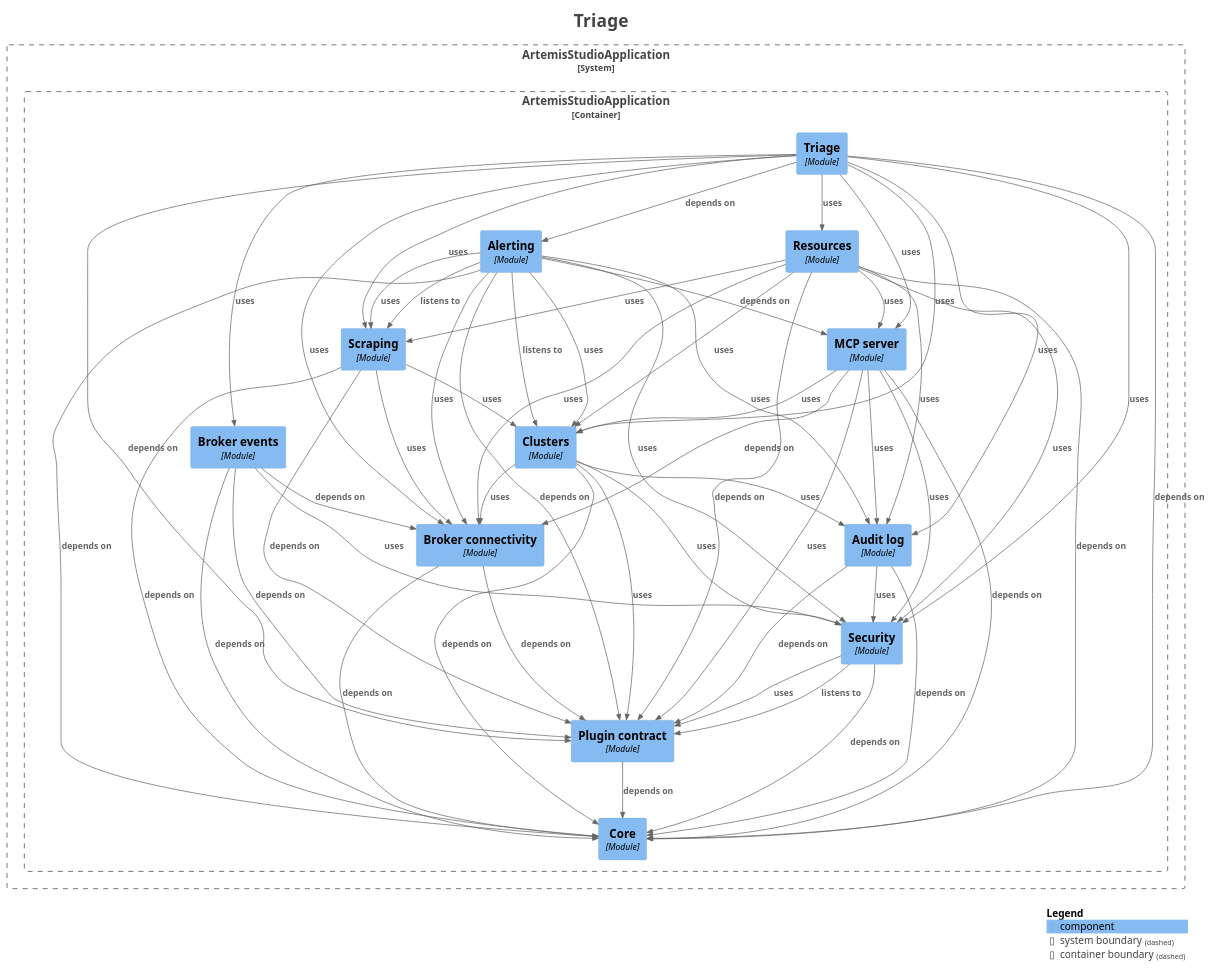
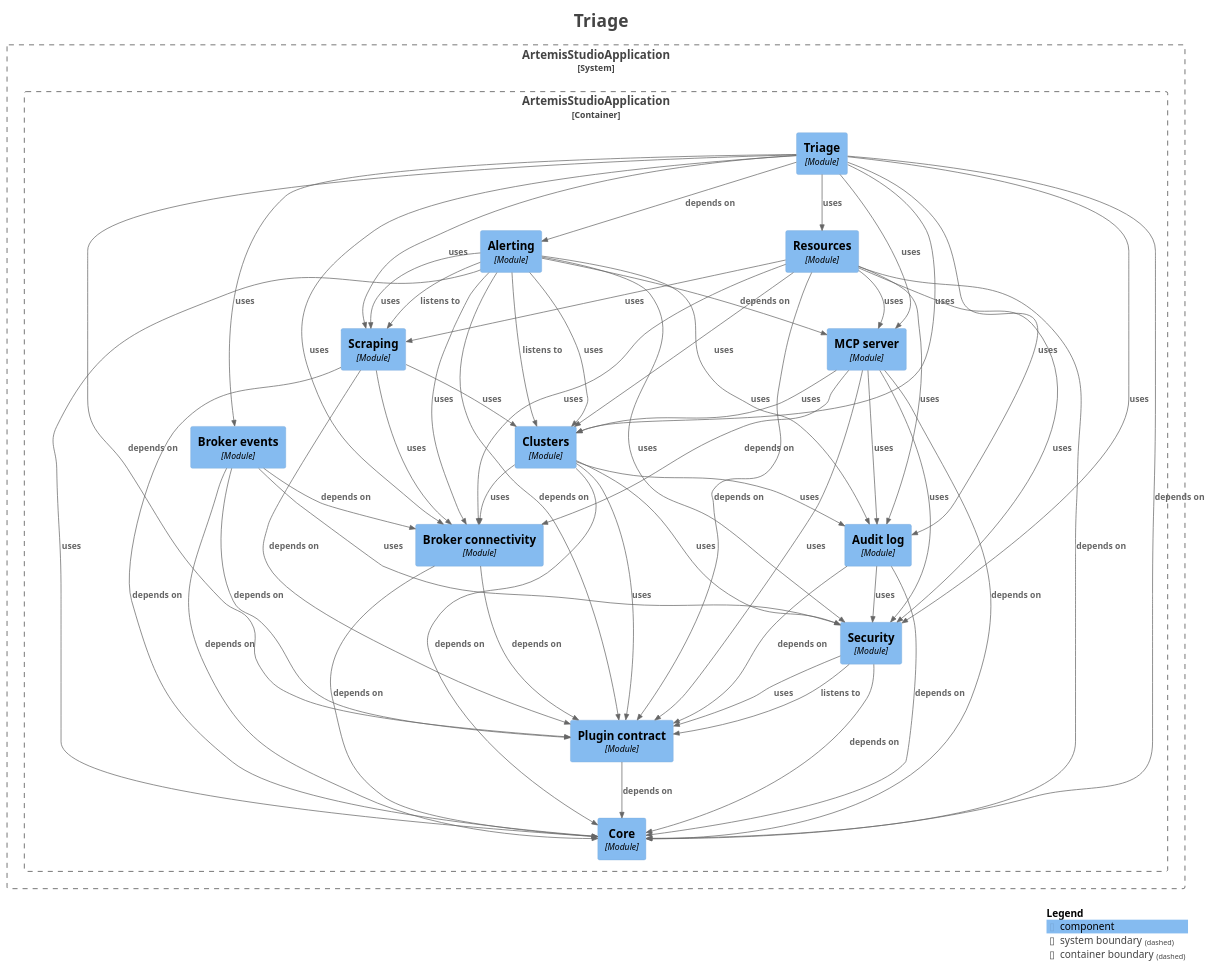
One commit to sudoitir/artemis-studio changed the diagram in docs/modules/module-feature.triage.puml. Above: the diagram before and after it, drawn with PlantUML. The commit also changed 2 other files, not shown here.

```diff
--- a/docs/modules/module-feature.triage.puml
+++ b/docs/modules/module-feature.triage.puml
@@ -1,96 +1,96 @@
 @startuml
 title <size:24>Triage</size>
 
 set separator none
 top to bottom direction
 
 <style>
   root {
     BackgroundColor: #ffffff
     FontColor: #444444
   }
 </style>
 
 !include <C4/C4>
 !include <C4/C4_Context>
 !include <C4/C4_Component>
 
 System_Boundary("ArtemisStudioApplication_boundary", "ArtemisStudioApplication", $tags="") {
   Container_Boundary("ArtemisStudioApplication.ArtemisStudioApplication_boundary", "ArtemisStudioApplication", $tags="") {
     Component(ArtemisStudioApplication.ArtemisStudioApplication.Brokerconnectivity, "Broker connectivity", $techn="Module", $descr="", $tags="", $link="")
     Component(ArtemisStudioApplication.ArtemisStudioApplication.Clusters, "Clusters", $techn="Module", $descr="", $tags="", $link="")
     Component(ArtemisStudioApplication.ArtemisStudioApplication.Brokerevents, "Broker events", $techn="Module", $descr="", $tags="", $link="")
     Component(ArtemisStudioApplication.ArtemisStudioApplication.MCPserver, "MCP server", $techn="Module", $descr="", $tags="", $link="")
     Component(ArtemisStudioApplication.ArtemisStudioApplication.Scraping, "Scraping", $techn="Module", $descr="", $tags="", $link="")
     Component(ArtemisStudioApplication.ArtemisStudioApplication.Alerting, "Alerting", $techn="Module", $descr="", $tags="", $link="")
     Component(ArtemisStudioApplication.ArtemisStudioApplication.Resources, "Resources", $techn="Module", $descr="", $tags="", $link="")
     Component(ArtemisStudioApplication.ArtemisStudioApplication.Core, "Core", $techn="Module", $descr="", $tags="", $link="")
     Component(ArtemisStudioApplication.ArtemisStudioApplication.Triage, "Triage", $techn="Module", $descr="", $tags="", $link="")
     Component(ArtemisStudioApplication.ArtemisStudioApplication.Plugincontract, "Plugin contract", $techn="Module", $descr="", $tags="", $link="")
     Component(ArtemisStudioApplication.ArtemisStudioApplication.Security, "Security", $techn="Module", $descr="", $tags="", $link="")
     Component(ArtemisStudioApplication.ArtemisStudioApplication.Auditlog, "Audit log", $techn="Module", $descr="", $tags="", $link="")
   }
 
 }
 
 Rel(ArtemisStudioApplication.ArtemisStudioApplication.Alerting, ArtemisStudioApplication.ArtemisStudioApplication.Auditlog, "uses", $techn="", $tags="", $link="")
 Rel(ArtemisStudioApplication.ArtemisStudioApplication.Alerting, ArtemisStudioApplication.ArtemisStudioApplication.Brokerconnectivity, "uses", $techn="", $tags="", $link="")
 Rel(ArtemisStudioApplication.ArtemisStudioApplication.Alerting, ArtemisStudioApplication.ArtemisStudioApplication.Clusters, "listens to", $techn="", $tags="", $link="")
 Rel(ArtemisStudioApplication.ArtemisStudioApplication.Alerting, ArtemisStudioApplication.ArtemisStudioApplication.Clusters, "uses", $techn="", $tags="", $link="")
-Rel(ArtemisStudioApplication.ArtemisStudioApplication.Alerting, ArtemisStudioApplication.ArtemisStudioApplication.Core, "depends on", $techn="", $tags="", $link="")
+Rel(ArtemisStudioApplication.ArtemisStudioApplication.Alerting, ArtemisStudioApplication.ArtemisStudioApplication.Core, "uses", $techn="", $tags="", $link="")
 Rel(ArtemisStudioApplication.ArtemisStudioApplication.Alerting, ArtemisStudioApplication.ArtemisStudioApplication.MCPserver, "depends on", $techn="", $tags="", $link="")
 Rel(ArtemisStudioApplication.ArtemisStudioApplication.Alerting, ArtemisStudioApplication.ArtemisStudioApplication.Plugincontract, "depends on", $techn="", $tags="", $link="")
 Rel(ArtemisStudioApplication.ArtemisStudioApplication.Alerting, ArtemisStudioApplication.ArtemisStudioApplication.Scraping, "listens to", $techn="", $tags="", $link="")
 Rel(ArtemisStudioApplication.ArtemisStudioApplication.Alerting, ArtemisStudioApplication.ArtemisStudioApplication.Scraping, "uses", $techn="", $tags="", $link="")
 Rel(ArtemisStudioApplication.ArtemisStudioApplication.Alerting, ArtemisStudioApplication.ArtemisStudioApplication.Security, "uses", $techn="", $tags="", $link="")
 Rel(ArtemisStudioApplication.ArtemisStudioApplication.Auditlog, ArtemisStudioApplication.ArtemisStudioApplication.Core, "depends on", $techn="", $tags="", $link="")
 Rel(ArtemisStudioApplication.ArtemisStudioApplication.Auditlog, ArtemisStudioApplication.ArtemisStudioApplication.Plugincontract, "depends on", $techn="", $tags="", $link="")
 Rel(ArtemisStudioApplication.ArtemisStudioApplication.Auditlog, ArtemisStudioApplication.ArtemisStudioApplication.Security, "uses", $techn="", $tags="", $link="")
 Rel(ArtemisStudioApplication.ArtemisStudioApplication.Brokerconnectivity, ArtemisStudioApplication.ArtemisStudioApplication.Core, "depends on", $techn="", $tags="", $link="")
 Rel(ArtemisStudioApplication.ArtemisStudioApplication.Brokerconnectivity, ArtemisStudioApplication.ArtemisStudioApplication.Plugincontract, "depends on", $techn="", $tags="", $link="")
 Rel(ArtemisStudioApplication.ArtemisStudioApplication.Brokerevents, ArtemisStudioApplication.ArtemisStudioApplication.Brokerconnectivity, "depends on", $techn="", $tags="", $link="")
 Rel(ArtemisStudioApplication.ArtemisStudioApplication.Brokerevents, ArtemisStudioApplication.ArtemisStudioApplication.Core, "depends on", $techn="", $tags="", $link="")
 Rel(ArtemisStudioApplication.ArtemisStudioApplication.Brokerevents, ArtemisStudioApplication.ArtemisStudioApplication.Plugincontract, "depends on", $techn="", $tags="", $link="")
 Rel(ArtemisStudioApplication.ArtemisStudioApplication.Brokerevents, ArtemisStudioApplication.ArtemisStudioApplication.Security, "uses", $techn="", $tags="", $link="")
 Rel(ArtemisStudioApplication.ArtemisStudioApplication.Clusters, ArtemisStudioApplication.ArtemisStudioApplication.Auditlog, "uses", $techn="", $tags="", $link="")
 Rel(ArtemisStudioApplication.ArtemisStudioApplication.Clusters, ArtemisStudioApplication.ArtemisStudioApplication.Brokerconnectivity, "uses", $techn="", $tags="", $link="")
 Rel(ArtemisStudioApplication.ArtemisStudioApplication.Clusters, ArtemisStudioApplication.ArtemisStudioApplication.Core, "depends on", $techn="", $tags="", $link="")
 Rel(ArtemisStudioApplication.ArtemisStudioApplication.Clusters, ArtemisStudioApplication.ArtemisStudioApplication.Plugincontract, "uses", $techn="", $tags="", $link="")
 Rel(ArtemisStudioApplication.ArtemisStudioApplication.Clusters, ArtemisStudioApplication.ArtemisStudioApplication.Security, "uses", $techn="", $tags="", $link="")
 Rel(ArtemisStudioApplication.ArtemisStudioApplication.MCPserver, ArtemisStudioApplication.ArtemisStudioApplication.Auditlog, "uses", $techn="", $tags="", $link="")
 Rel(ArtemisStudioApplication.ArtemisStudioApplication.MCPserver, ArtemisStudioApplication.ArtemisStudioApplication.Brokerconnectivity, "depends on", $techn="", $tags="", $link="")
 Rel(ArtemisStudioApplication.ArtemisStudioApplication.MCPserver, ArtemisStudioApplication.ArtemisStudioApplication.Clusters, "uses", $techn="", $tags="", $link="")
 Rel(ArtemisStudioApplication.ArtemisStudioApplication.MCPserver, ArtemisStudioApplication.ArtemisStudioApplication.Core, "depends on", $techn="", $tags="", $link="")
 Rel(ArtemisStudioApplication.ArtemisStudioApplication.MCPserver, ArtemisStudioApplication.ArtemisStudioApplication.Plugincontract, "uses", $techn="", $tags="", $link="")
 Rel(ArtemisStudioApplication.ArtemisStudioApplication.MCPserver, ArtemisStudioApplication.ArtemisStudioApplication.Security, "uses", $techn="", $tags="", $link="")
 Rel(ArtemisStudioApplication.ArtemisStudioApplication.Plugincontract, ArtemisStudioApplication.ArtemisStudioApplication.Core, "depends on", $techn="", $tags="", $link="")
 Rel(ArtemisStudioApplication.ArtemisStudioApplication.Resources, ArtemisStudioApplication.ArtemisStudioApplication.Auditlog, "uses", $techn="", $tags="", $link="")
 Rel(ArtemisStudioApplication.ArtemisStudioApplication.Resources, ArtemisStudioApplication.ArtemisStudioApplication.Brokerconnectivity, "uses", $techn="", $tags="", $link="")
 Rel(ArtemisStudioApplication.ArtemisStudioApplication.Resources, ArtemisStudioApplication.ArtemisStudioApplication.Clusters, "uses", $techn="", $tags="", $link="")
 Rel(ArtemisStudioApplication.ArtemisStudioApplication.Resources, ArtemisStudioApplication.ArtemisStudioApplication.Core, "depends on", $techn="", $tags="", $link="")
 Rel(ArtemisStudioApplication.ArtemisStudioApplication.Resources, ArtemisStudioApplication.ArtemisStudioApplication.MCPserver, "uses", $techn="", $tags="", $link="")
 Rel(ArtemisStudioApplication.ArtemisStudioApplication.Resources, ArtemisStudioApplication.ArtemisStudioApplication.Plugincontract, "depends on", $techn="", $tags="", $link="")
 Rel(ArtemisStudioApplication.ArtemisStudioApplication.Resources, ArtemisStudioApplication.ArtemisStudioApplication.Scraping, "uses", $techn="", $tags="", $link="")
 Rel(ArtemisStudioApplication.ArtemisStudioApplication.Resources, ArtemisStudioApplication.ArtemisStudioApplication.Security, "uses", $techn="", $tags="", $link="")
 Rel(ArtemisStudioApplication.ArtemisStudioApplication.Scraping, ArtemisStudioApplication.ArtemisStudioApplication.Brokerconnectivity, "uses", $techn="", $tags="", $link="")
 Rel(ArtemisStudioApplication.ArtemisStudioApplication.Scraping, ArtemisStudioApplication.ArtemisStudioApplication.Clusters, "uses", $techn="", $tags="", $link="")
 Rel(ArtemisStudioApplication.ArtemisStudioApplication.Scraping, ArtemisStudioApplication.ArtemisStudioApplication.Core, "depends on", $techn="", $tags="", $link="")
 Rel(ArtemisStudioApplication.ArtemisStudioApplication.Scraping, ArtemisStudioApplication.ArtemisStudioApplication.Plugincontract, "depends on", $techn="", $tags="", $link="")
 Rel(ArtemisStudioApplication.ArtemisStudioApplication.Security, ArtemisStudioApplication.ArtemisStudioApplication.Core, "depends on", $techn="", $tags="", $link="")
 Rel(ArtemisStudioApplication.ArtemisStudioApplication.Security, ArtemisStudioApplication.ArtemisStudioApplication.Plugincontract, "listens to", $techn="", $tags="", $link="")
 Rel(ArtemisStudioApplication.ArtemisStudioApplication.Security, ArtemisStudioApplication.ArtemisStudioApplication.Plugincontract, "uses", $techn="", $tags="", $link="")
 Rel(ArtemisStudioApplication.ArtemisStudioApplication.Triage, ArtemisStudioApplication.ArtemisStudioApplication.Alerting, "depends on", $techn="", $tags="", $link="")
 Rel(ArtemisStudioApplication.ArtemisStudioApplication.Triage, ArtemisStudioApplication.ArtemisStudioApplication.Auditlog, "uses", $techn="", $tags="", $link="")
 Rel(ArtemisStudioApplication.ArtemisStudioApplication.Triage, ArtemisStudioApplication.ArtemisStudioApplication.Brokerconnectivity, "uses", $techn="", $tags="", $link="")
 Rel(ArtemisStudioApplication.ArtemisStudioApplication.Triage, ArtemisStudioApplication.ArtemisStudioApplication.Brokerevents, "uses", $techn="", $tags="", $link="")
 Rel(ArtemisStudioApplication.ArtemisStudioApplication.Triage, ArtemisStudioApplication.ArtemisStudioApplication.Clusters, "uses", $techn="", $tags="", $link="")
 Rel(ArtemisStudioApplication.ArtemisStudioApplication.Triage, ArtemisStudioApplication.ArtemisStudioApplication.Core, "depends on", $techn="", $tags="", $link="")
 Rel(ArtemisStudioApplication.ArtemisStudioApplication.Triage, ArtemisStudioApplication.ArtemisStudioApplication.MCPserver, "uses", $techn="", $tags="", $link="")
 Rel(ArtemisStudioApplication.ArtemisStudioApplication.Triage, ArtemisStudioApplication.ArtemisStudioApplication.Plugincontract, "depends on", $techn="", $tags="", $link="")
 Rel(ArtemisStudioApplication.ArtemisStudioApplication.Triage, ArtemisStudioApplication.ArtemisStudioApplication.Resources, "uses", $techn="", $tags="", $link="")
 Rel(ArtemisStudioApplication.ArtemisStudioApplication.Triage, ArtemisStudioApplication.ArtemisStudioApplication.Scraping, "uses", $techn="", $tags="", $link="")
 Rel(ArtemisStudioApplication.ArtemisStudioApplication.Triage, ArtemisStudioApplication.ArtemisStudioApplication.Security, "uses", $techn="", $tags="", $link="")
 
 SHOW_LEGEND(true)
 hide stereotypes
 @enduml
```
